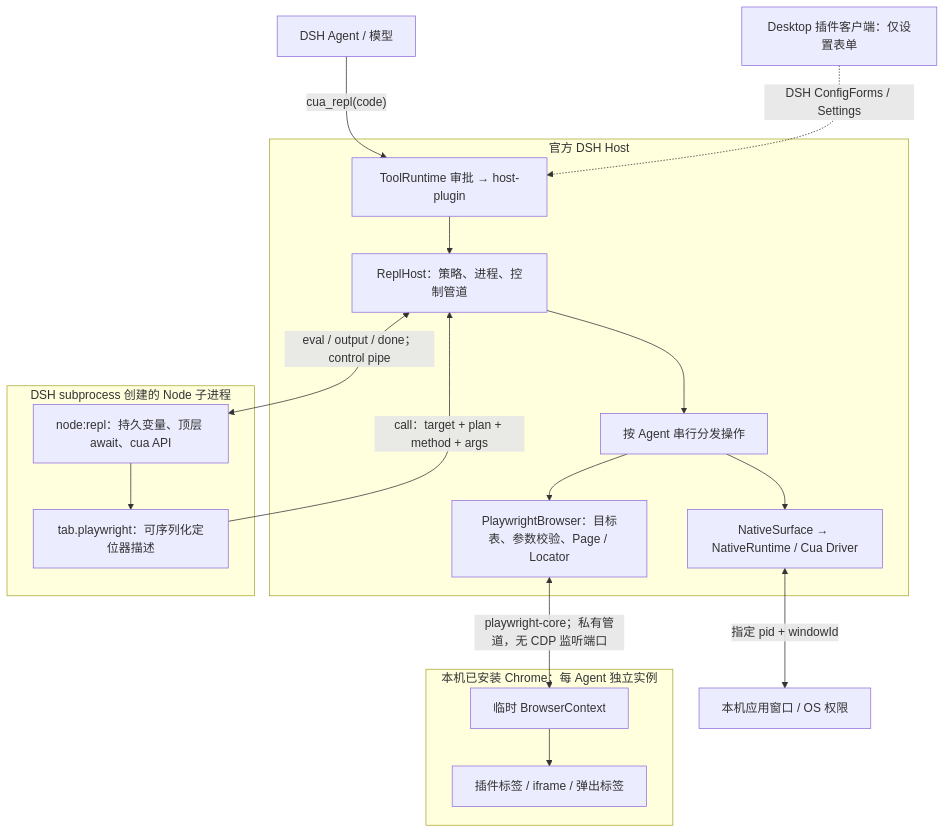
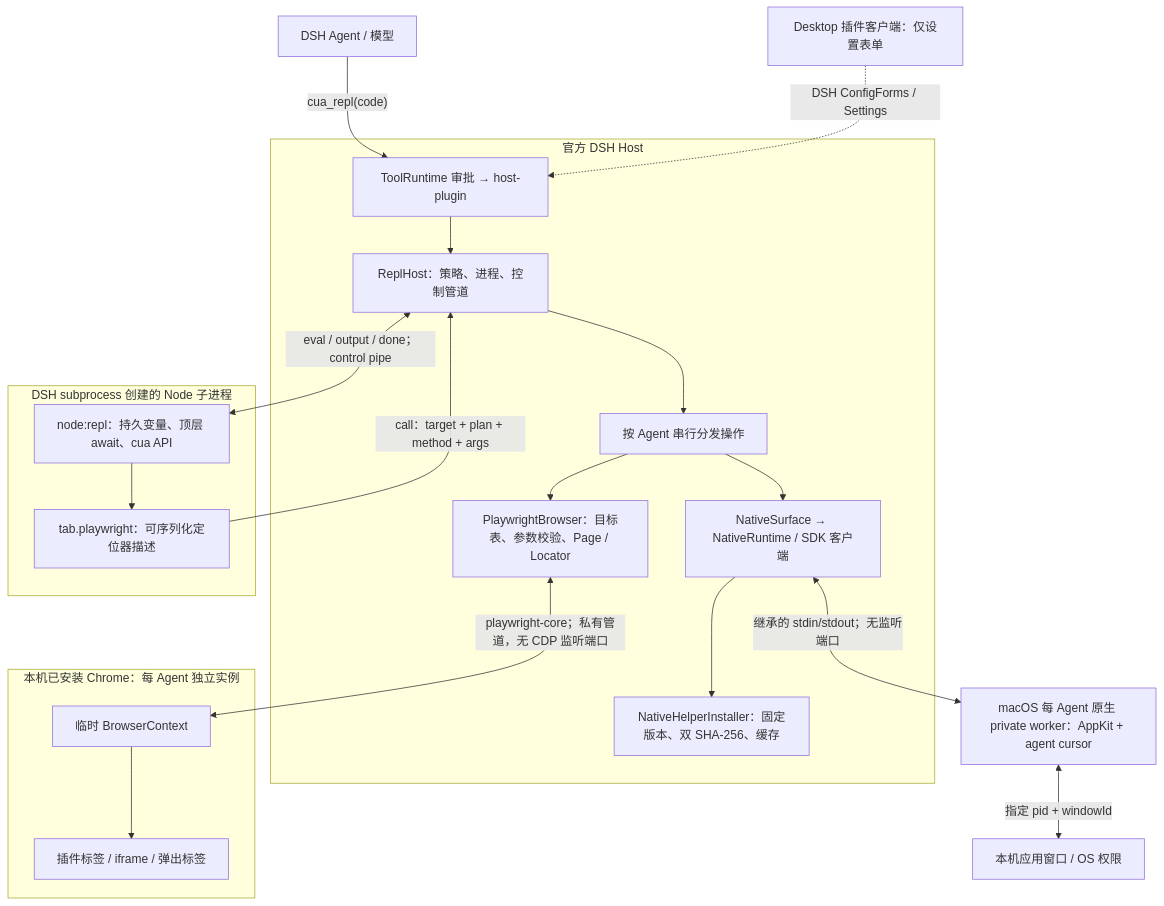
The first of 9 diagrams in docs/CALL-FLOWS.md (xiaoiver/dsh-unified-computer-use), drawn with Mermaid before and after one commit. The commit also changed other lines of this file and 16 other files, not shown here.

Commit message:
feat: run macOS native actions in session-owned cursor workers

````diff
--- a/docs/CALL-FLOWS.md
+++ b/docs/CALL-FLOWS.md
@@ -7,33 +7,37 @@
 ```mermaid
 flowchart TB
   Model["DSH Agent / 模型"]
   subgraph Host["官方 DSH Host"]
     Tool["ToolRuntime 审批 → host-plugin"]
     ReplHost["ReplHost：策略、进程、控制管道"]
     Dispatch["按 Agent 串行分发操作"]
     Browser["PlaywrightBrowser：目标表、参数校验、Page / Locator"]
-    Native["NativeSurface → NativeRuntime / Cua Driver"]
+    Native["NativeSurface → NativeRuntime / SDK 客户端"]
+    Helper["NativeHelperInstaller：固定版本、双 SHA-256、缓存"]
   end
   subgraph Worker["DSH subprocess 创建的 Node 子进程"]
     Repl["node:repl：持久变量、顶层 await、cua API"]
     Facade["tab.playwright：可序列化定位器描述"]
   end
   subgraph Chrome["本机已安装 Chrome：每 Agent 独立实例"]
     Context["临时 BrowserContext"]
     Pages["插件标签 / iframe / 弹出标签"]
   end
+  GUI["macOS 每 Agent 原生 private worker：AppKit + agent cursor"]
   Settings["Desktop 插件客户端：仅设置表单"]
   OS["本机应用窗口 / OS 权限"]
   Model -->|"cua_repl(code)"| Tool
   Tool --> ReplHost
   ReplHost <-->|"eval / output / done；control pipe"| Repl
   Repl --> Facade
   Facade -->|"call：target + plan + method + args"| ReplHost
   ReplHost --> Dispatch
   Dispatch --> Browser
   Dispatch --> Native
   Browser <-->|"playwright-core；私有管道，无 CDP 监听端口"| Context
   Context --> Pages
-  Native <-->|"指定 pid + windowId"| OS
+  Native --> Helper
+  Native <-->|"继承的 stdin/stdout；无监听端口"| GUI
+  GUI <-->|"指定 pid + windowId"| OS
   Settings -.->|"DSH ConfigForms / Settings"| Tool
 ```
````
